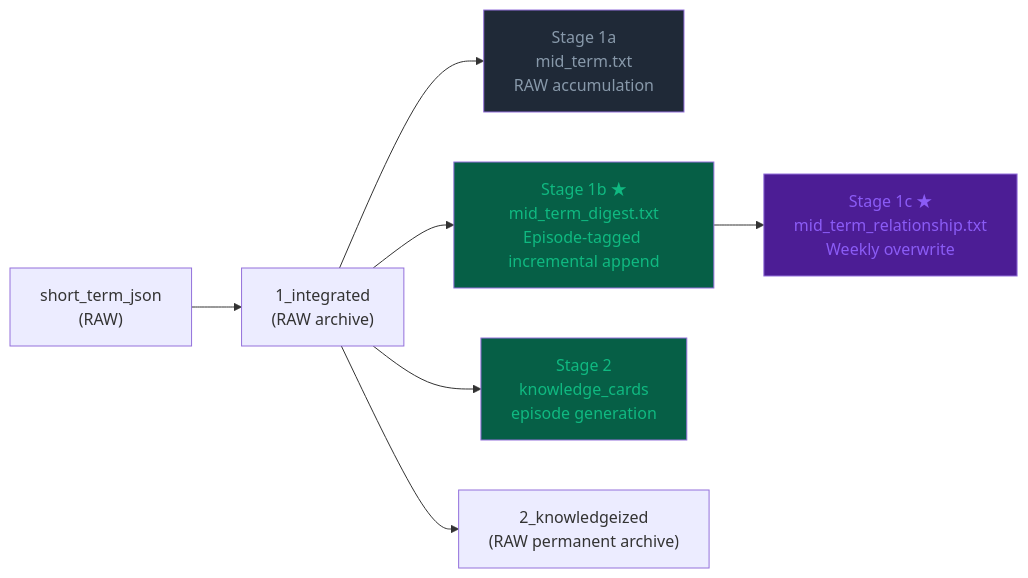
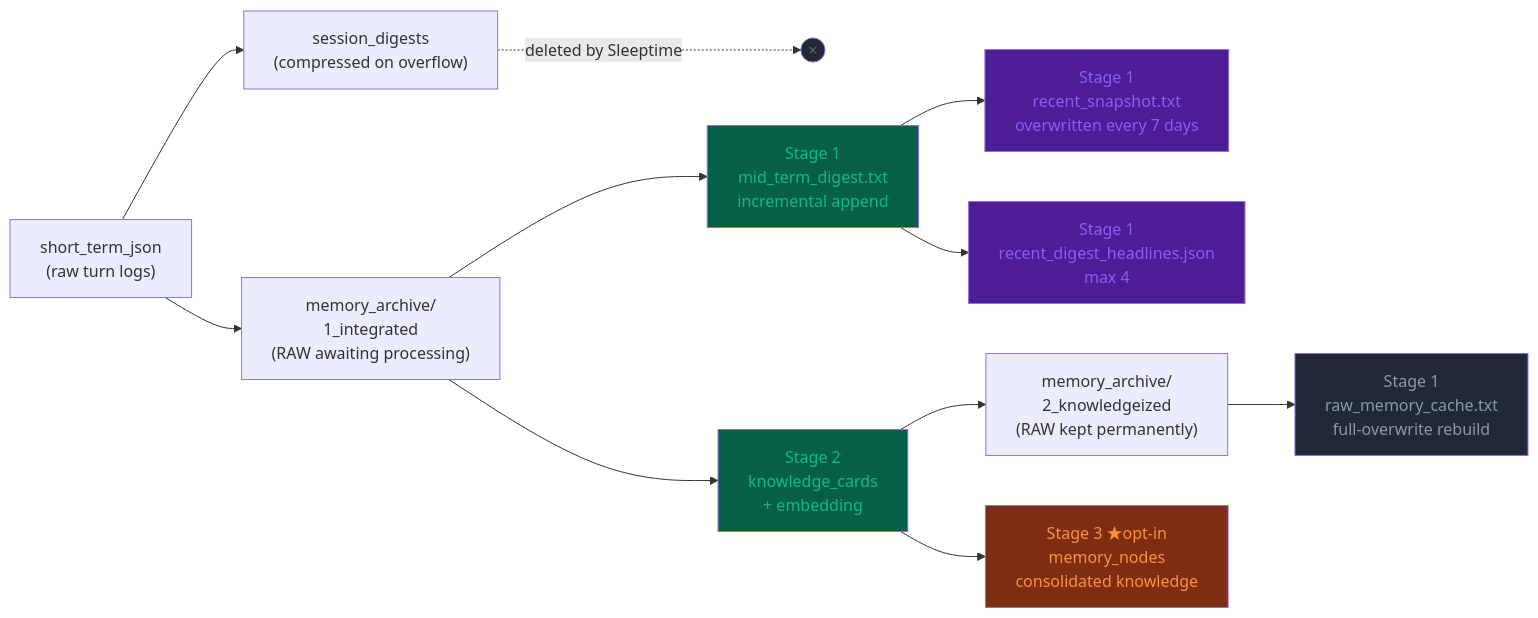
The third of 11 diagrams in docs/reference/DIAGRAMS.md (unagisann/Butly), drawn with Mermaid before and after one commit. The commit also changed other lines of this file and 28 other files, not shown here.

````diff
--- a/docs/reference/DIAGRAMS.md
+++ b/docs/reference/DIAGRAMS.md
@@ -74,14 +103,21 @@
 ```mermaid
 flowchart LR
-    RAW["short_term_json<br/>(RAW)"] --> INT["1_integrated<br/>(RAW archive)"]
-    INT --> S1a["Stage 1a<br/>mid_term.txt<br/>RAW accumulation"]
-    INT --> S1b["Stage 1b ★<br/>mid_term_digest.txt<br/>Episode-tagged incremental append"]
-    S1b --> S1c["Stage 1c ★<br/>mid_term_relationship.txt<br/>Weekly overwrite"]
-    INT --> S2["Stage 2<br/>knowledge_cards<br/>episode generation"]
-    INT --> KN["2_knowledgeized<br/>(RAW permanent archive)"]
+    ST["short_term_json<br/>(raw turn logs)"] --> SD["session_digests<br/>(compressed on overflow)"]
+    ST --> INT["memory_archive/<br/>1_integrated<br/>(RAW awaiting processing)"]
+    SD -.->|deleted by Sleeptime| X(("×"))
+    INT --> S1b["Stage 1<br/>mid_term_digest.txt<br/>incremental append"]
+    S1b --> S1c["Stage 1<br/>recent_snapshot.txt<br/>overwritten every 7 days"]
+    S1b --> S1d["Stage 1<br/>recent_digest_headlines.json<br/>max 4"]
+    INT --> S2["Stage 2<br/>knowledge_cards<br/>+ embedding"]
+    S2 --> KN["memory_archive/<br/>2_knowledgeized<br/>(RAW kept permanently)"]
+    KN --> RC["Stage 1<br/>raw_memory_cache.txt<br/>full-overwrite rebuild"]
+    S2 --> S3["Stage 3 ★opt-in<br/>memory_nodes<br/>consolidated knowledge"]
 
     style S1b fill:#065f46,color:#10b981
     style S1c fill:#4c1d95,color:#8b5cf6
-    style S1a fill:#1f2937,color:#8899aa
+    style S1d fill:#4c1d95,color:#8b5cf6
     style S2 fill:#065f46,color:#10b981
+    style S3 fill:#7c2d12,color:#fb923c
+    style RC fill:#1f2937,color:#8899aa
+    style X fill:#1f2937,color:#666
 ```
````
